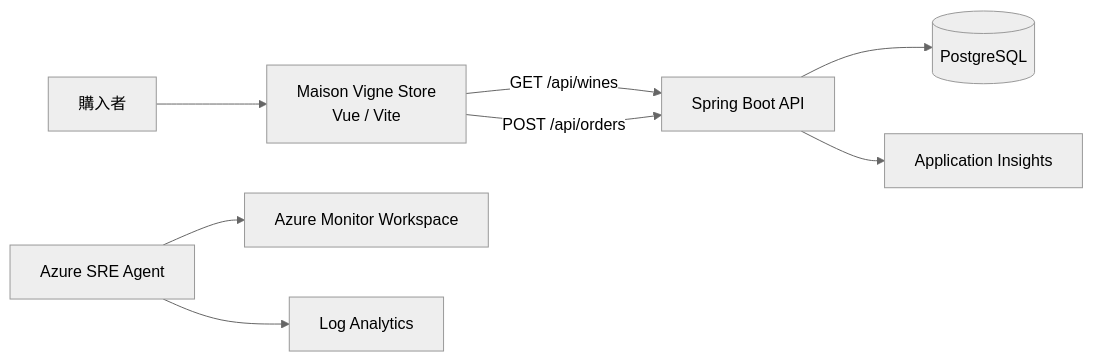
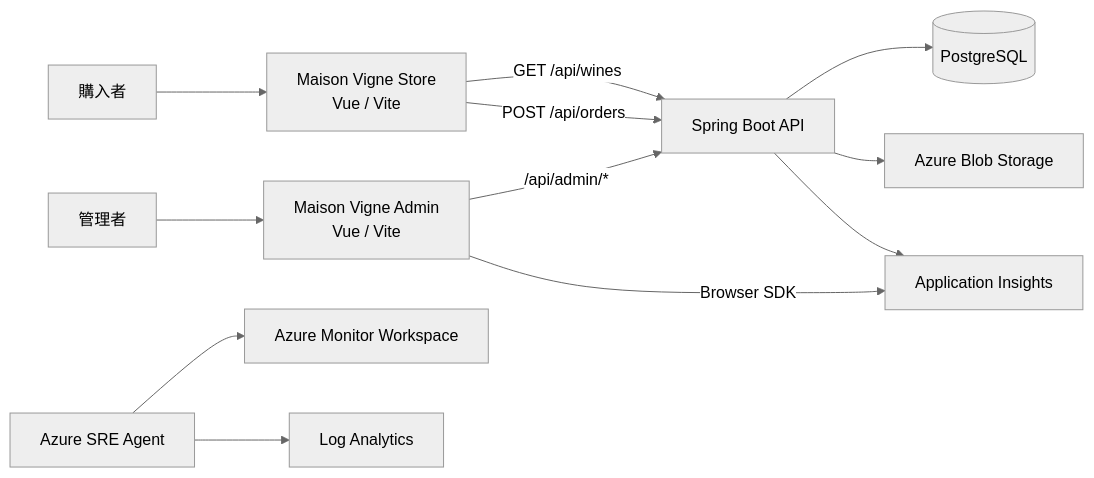
The first of 2 diagrams in docs/system-overview.md (mahya8585/SRE-agent-demo), drawn with Mermaid (neutral theme) before and after one commit. The commit also changed other lines of this file and 75 other files, not shown here.

````diff
--- a/docs/system-overview.md
+++ b/docs/system-overview.md
@@ -11,10 +11,14 @@
 ```mermaid
 flowchart LR
     Buyer[購入者] --> Store[Maison Vigne Store\nVue / Vite]
+  Operator[管理者] --> Admin[Maison Vigne Admin\nVue / Vite]
     Store -->|GET /api/wines| API[Spring Boot API]
     Store -->|POST /api/orders| API
+  Admin -->|/api/admin/*| API
+  Admin -->|Browser SDK| AI[Application Insights]
     API --> DB[(PostgreSQL)]
+    API --> Blob[Azure Blob Storage]
     API --> AI[Application Insights]
     SRE[Azure SRE Agent] --> AMW[Azure Monitor Workspace]
     SRE --> LAW[Log Analytics]
 ```
````
